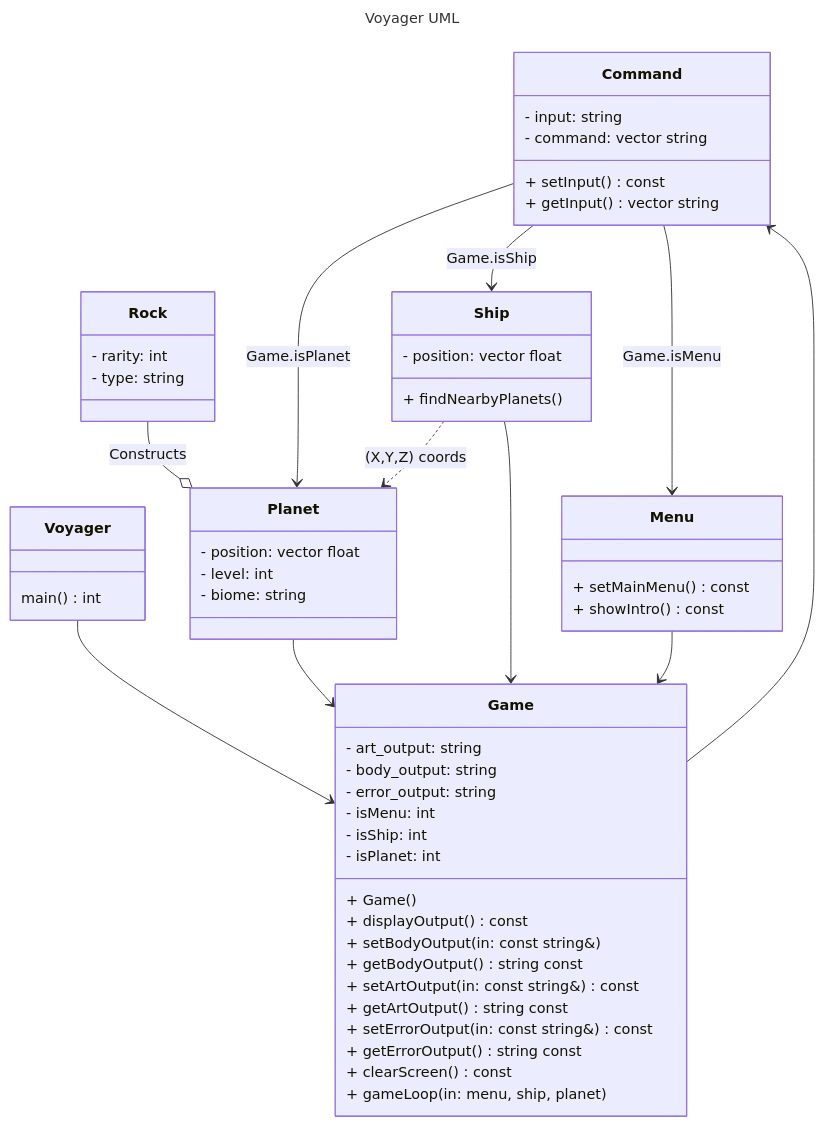
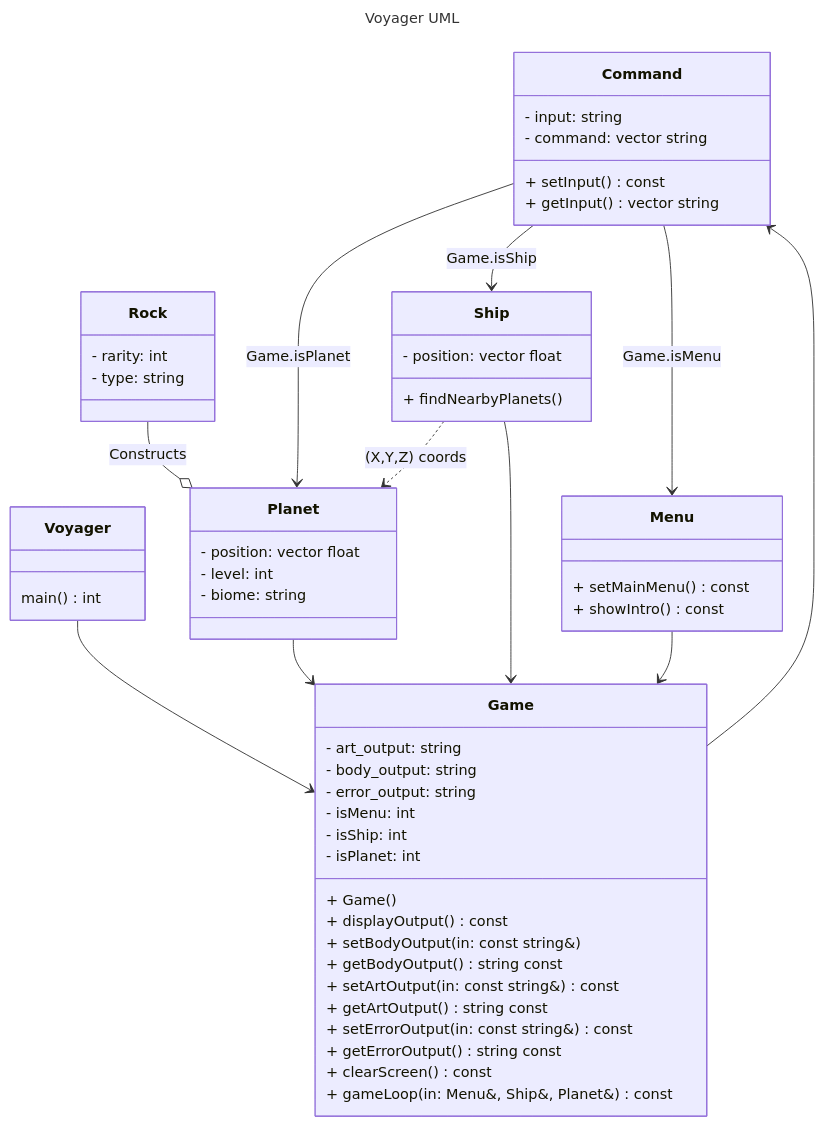
Before and after one commit to JSyv05/Voyager: the diagram in Voyager/UML.md, drawn with Mermaid. The commit also changed 2 other files, not shown here.

Commit message:
DREAM-65 Updated game.h and game.cpp to include state checkers and gameloop implementations

````diff
--- a/Voyager/UML.md
+++ b/Voyager/UML.md
@@ -1,68 +1,68 @@
 ```mermaid
 ---
 title: Voyager UML
 ---	
 
 classDiagram
 	Rock --o Planet : Constructs
 	Voyager --> Game
 	Command --> Planet : Game.isPlanet
 	Command --> Ship : Game.isShip
 	Command --> Menu : Game.isMenu
 	Planet --> Game
 	Ship --> Game
 	Menu --> Game
 	Command <-- Game
 	Ship ..> Planet : (X,Y,Z) coords
 	
 	class Voyager {
 		main() int
 	}
 	
 	class Game{
 	    - art_output: string
 	    - body_output: string
 	    - error_output: string
 	    - isMenu: int
 	    - isShip: int
 	    - isPlanet: int
 	    + Game()
 	    + displayOutput() const
 	    + setBodyOutput(in: const string&)
 	    + getBodyOutput() string const
 	    + setArtOutput(in: const string&) const
 	    + getArtOutput() string const
 	    + setErrorOutput(in: const string&) const
 	    + getErrorOutput() string const
 	    + clearScreen() const
-	    + gameLoop(in: menu, ship, planet)
+	    + gameLoop(in: Menu&, Ship&, Planet&) const
 	}
 	
 	class Command{
 		- input: string
 		- command: vector string
 	    + setInput() const
 	    + getInput() vector string
 	}
     
 	class Menu{
 		+ setMainMenu() const
 		+ showIntro() const
 	}
 	
 	class Ship {
 		- position: vector float
 		+ findNearbyPlanets()
 	}
 	
 	class Planet {
 		- position: vector float
 		- level: int
 		- biome: string
 	}
 	
 	class Rock {
 		- rarity: int
 		- type: string
 	}
 ```
````
